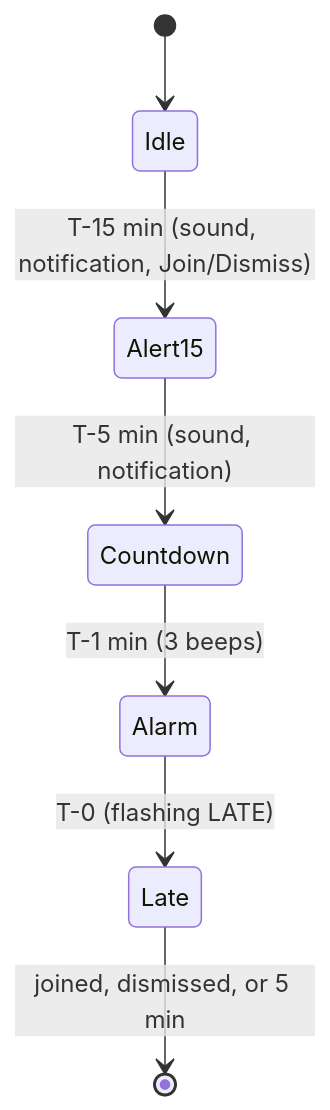
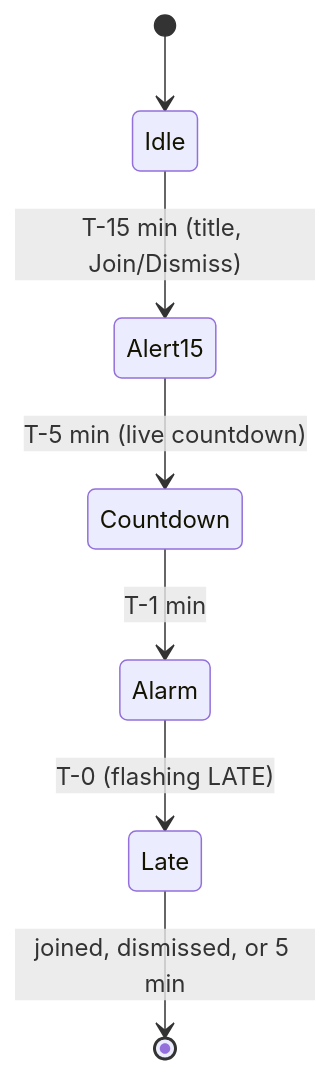
One commit to ventz/tardy changed the diagram in docs/ARCHITECTURE.md. Above: the diagram before and after it, drawn with Mermaid. The commit also changed other lines of this file and 12 other files, not shown here.

````diff
--- a/docs/ARCHITECTURE.md
+++ b/docs/ARCHITECTURE.md
@@ -33,9 +33,9 @@
 ```mermaid
 stateDiagram-v2
     [*] --> Idle
-    Idle --> Alert15: T-15 min (sound, notification, Join/Dismiss)
-    Alert15 --> Countdown: T-5 min (sound, notification)
-    Countdown --> Alarm: T-1 min (3 beeps)
+    Idle --> Alert15: T-15 min (title, Join/Dismiss)
+    Alert15 --> Countdown: T-5 min (live countdown)
+    Countdown --> Alarm: T-1 min
     Alarm --> Late: T-0 (flashing LATE)
     Late --> [*]: joined, dismissed, or 5 min
 ```
````
